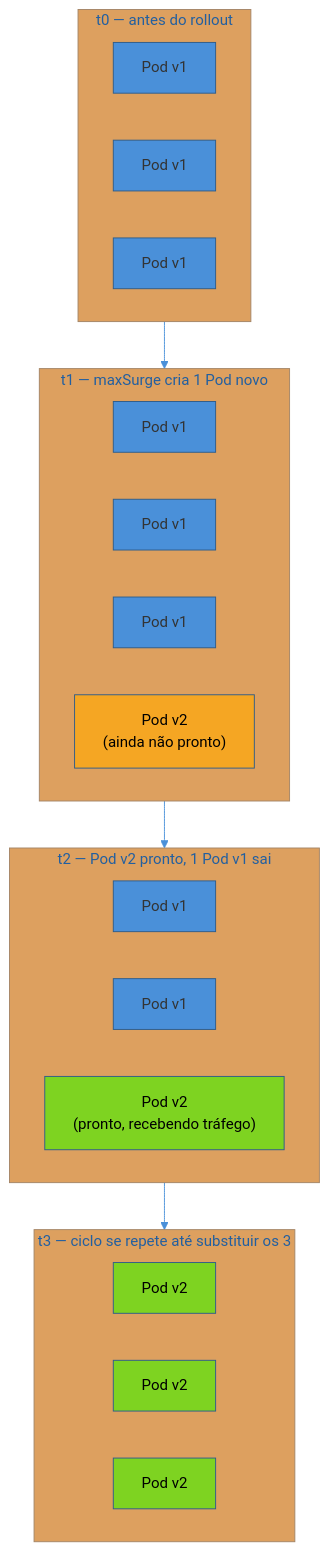
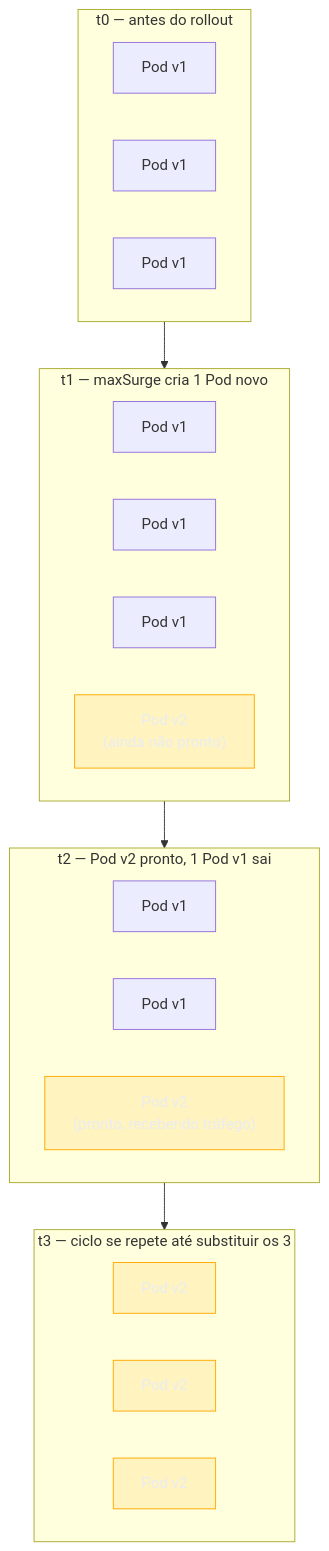
The first of 4 diagrams in 03-Dominios/Tecnologia/Python/Cloud-native e produção/04 - Rolling deploy sem downtime no Kubernetes.md (josenaldo/codex-technomanticus), drawn with Mermaid before and after one commit. The commit also changed other lines of this file and 1181 other files, not shown here.

First line of the commit message:
fix(diagramas): paleta do sistema no lugar de cor cravada no markdown

````diff
--- a/03-Dominios/Tecnologia/Python/Cloud-native e produção/04 - Rolling deploy sem downtime no Kubernetes.md
+++ b/03-Dominios/Tecnologia/Python/Cloud-native e produção/04 - Rolling deploy sem downtime no Kubernetes.md
@@ -66,33 +66,33 @@
 ```mermaid
-%%{init: {"theme": "base", "themeVariables": {"primaryColor": "#4A90D9", "primaryBorderColor": "#2E5C8A", "lineColor": "#4A90D9"}}}%%
 flowchart TB
+    classDef destaque fill:#FFAA0024,stroke:#FFAA00,color:#E9ECF2
     subgraph T0["t0 — antes do rollout"]
         P1["Pod v1"]
         P2["Pod v1"]
         P3["Pod v1"]
     end
     subgraph T1["t1 — maxSurge cria 1 Pod novo"]
         P1b["Pod v1"]
         P2b["Pod v1"]
         P3b["Pod v1"]
         P4b["Pod v2<br/>(ainda não pronto)"]
     end
     subgraph T2["t2 — Pod v2 pronto, 1 Pod v1 sai"]
         P1c["Pod v1"]
         P2c["Pod v1"]
         P4c["Pod v2<br/>(pronto, recebendo tráfego)"]
     end
     subgraph T3["t3 — ciclo se repete até substituir os 3"]
         P4d["Pod v2"]
         P5d["Pod v2"]
         P6d["Pod v2"]
     end
 
     T0 --> T1 --> T2 --> T3
 
-    style P4b fill:#F5A623,color:#000
-    style P4c fill:#7ED321,color:#000
-    style P4d fill:#7ED321,color:#000
-    style P5d fill:#7ED321,color:#000
-    style P6d fill:#7ED321,color:#000
+    class P4b destaque
+    class P4c destaque
+    class P4d destaque
+    class P5d destaque
+    class P6d destaque
 ```
````
